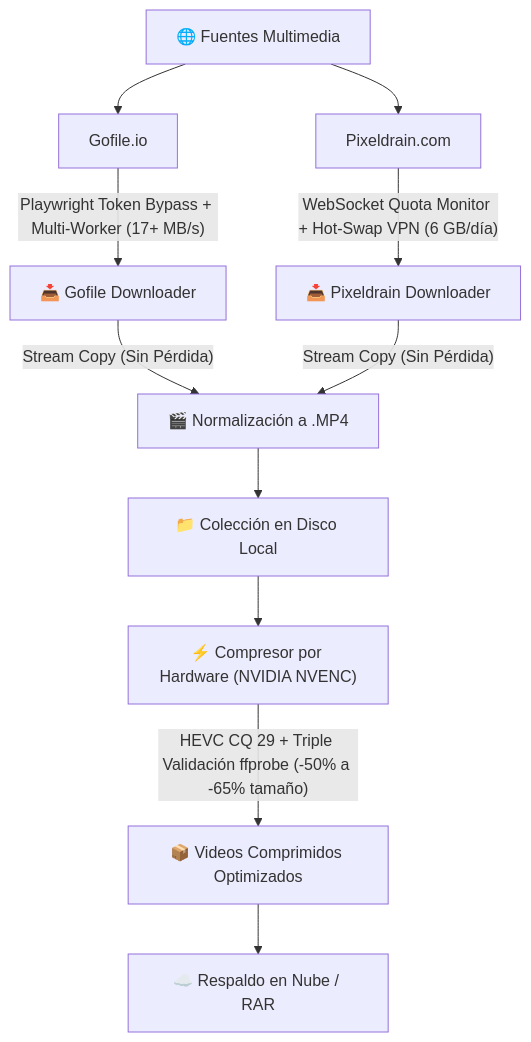
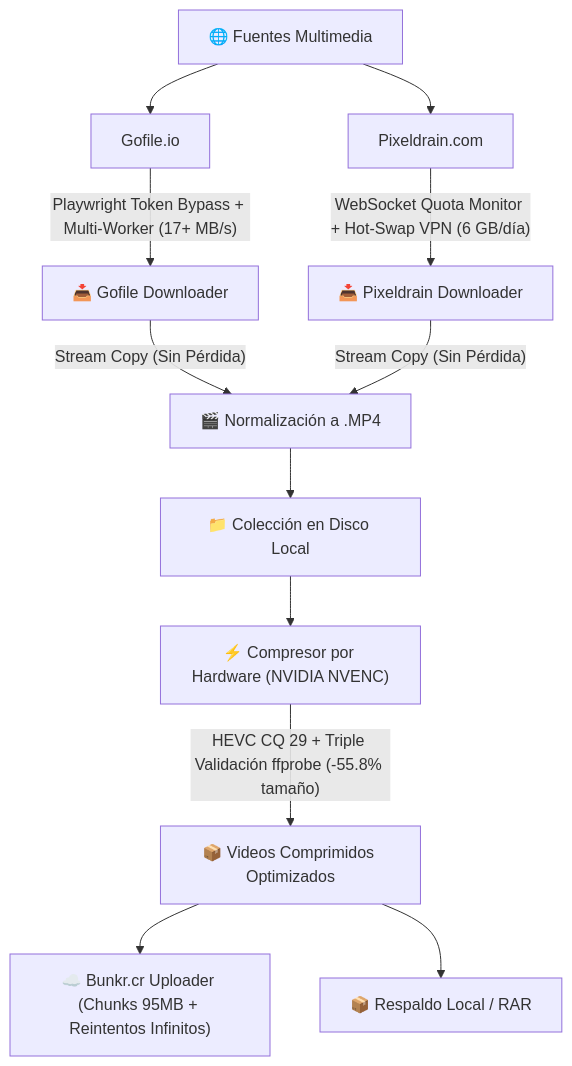
Before and after one commit to DeathSilencer/mediavault-toolkit: the diagram in README.md, drawn with Mermaid. The commit also changed other lines of this file and 7 other files, not shown here.

````diff
--- a/README.md
+++ b/README.md
@@ -33,17 +34,19 @@
 ```mermaid
 flowchart TD
     A["🌐 Fuentes Multimedia"] --> B["Gofile.io"]
     A --> C["Pixeldrain.com"]
     
     B -->|"Playwright Token Bypass + Multi-Worker (17+ MB/s)"| D["📥 Gofile Downloader"]
     C -->|"WebSocket Quota Monitor + Hot-Swap VPN (6 GB/día)"| E["📥 Pixeldrain Downloader"]
     
     D -->|"Stream Copy (Sin Pérdida)"| F["🎬 Normalización a .MP4"]
     E -->|"Stream Copy (Sin Pérdida)"| F
     
     F --> G["📁 Colección en Disco Local"]
     
     G --> H["⚡ Compresor por Hardware (NVIDIA NVENC)"]
-    H -->|"HEVC CQ 29 + Triple Validación ffprobe (-50% a -65% tamaño)"| I["📦 Videos Comprimidos Optimizados"]
-    I --> J["☁️ Respaldo en Nube / RAR"]
+    H -->|"HEVC CQ 29 + Triple Validación ffprobe (-55.8% tamaño)"| I["📦 Videos Comprimidos Optimizados"]
+    
+    I --> J["☁️ Bunkr.cr Uploader (Chunks 95MB + Reintentos Infinitos)"]
+    I --> K["📦 Respaldo Local / RAR"]
 ```
````
